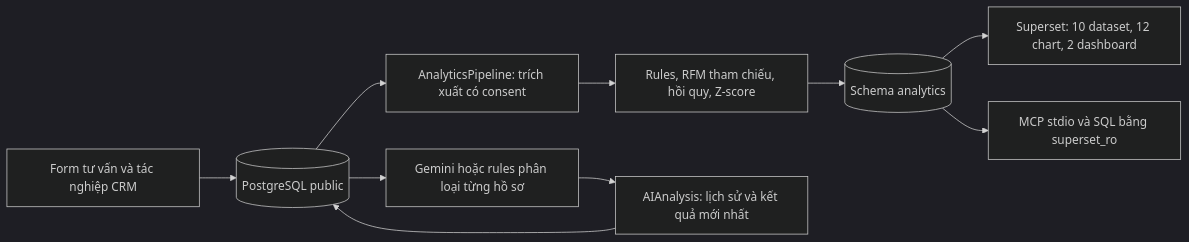
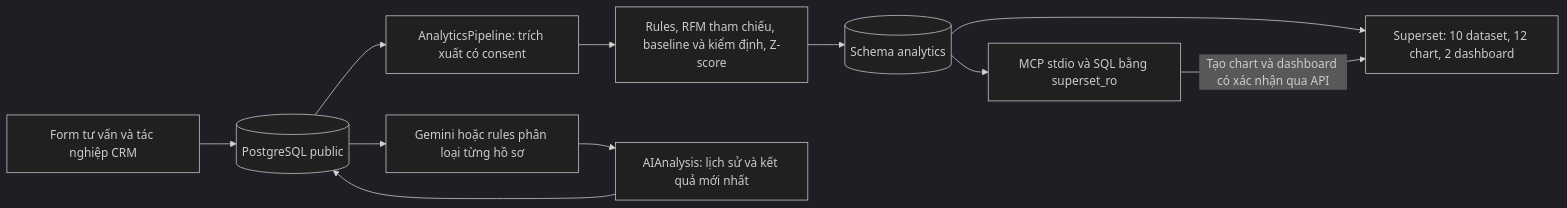
One commit to codecuatai/AI-ERP-CRM-System changed the diagram in docs/bao-cao-ky-thuat-th2.md. Above: the diagram before and after it, drawn with Mermaid (dark theme). The commit also changed other lines of this file and 43 other files, not shown here.

````diff
--- a/docs/bao-cao-ky-thuat-th2.md
+++ b/docs/bao-cao-ky-thuat-th2.md
@@ -7,12 +7,13 @@
 ```mermaid
 flowchart LR
     A[Form tư vấn và tác nghiệp CRM] --> B[(PostgreSQL public)]
     B --> C[AnalyticsPipeline: trích xuất có consent]
-    C --> D[Rules, RFM tham chiếu, hồi quy, Z-score]
+    C --> D[Rules, RFM tham chiếu, baseline và kiểm định, Z-score]
     D --> E[(Schema analytics)]
     E --> F[Superset: 10 dataset, 12 chart, 2 dashboard]
     E --> G[MCP stdio và SQL bằng superset_ro]
+    G -->|Tạo chart và dashboard có xác nhận qua API| F
     B --> H[Gemini hoặc rules phân loại từng hồ sơ]
     H --> I[AIAnalysis: lịch sử và kết quả mới nhất]
     I --> B
 ```
````
